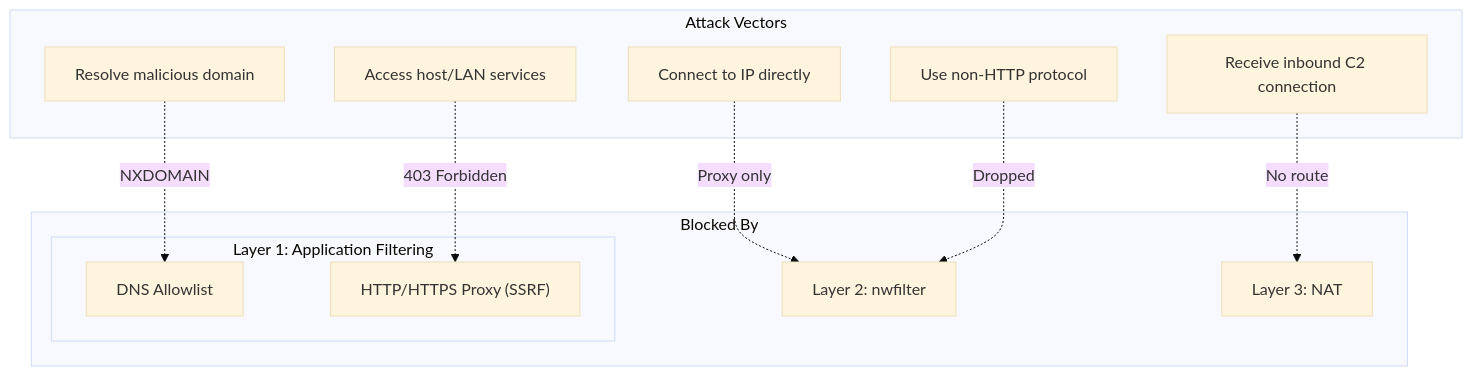
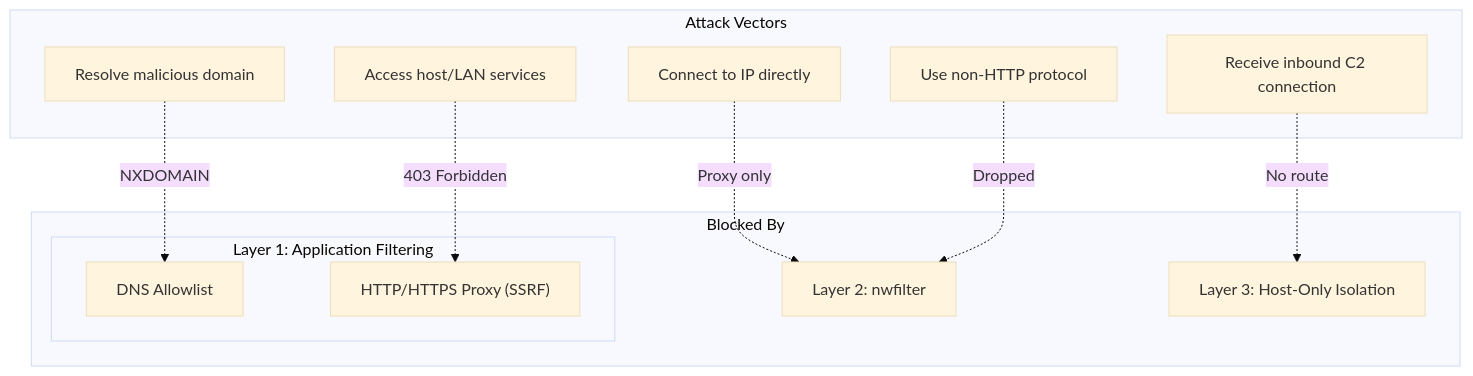
One commit to sandialabs/abox changed the second of 2 diagrams in docs/security.md. Above: the diagram before and after it, drawn with Mermaid (base theme). The commit also changed other lines of this file and 451 other files, not shown here.

````diff
--- a/docs/security.md
+++ b/docs/security.md
@@ -60,25 +60,25 @@
 ```mermaid
 flowchart TB
     subgraph Attacks["Attack Vectors"]
         A1["Resolve malicious domain"]
         A2["Connect to IP directly"]
         A3["Use non-HTTP protocol"]
         A4["Access host/LAN services"]
         A5["Receive inbound C2 connection"]
     end
 
     subgraph Blocked["Blocked By"]
         subgraph L1["Layer 1: Application Filtering"]
             L1a["DNS Allowlist"]
             L1b["HTTP/HTTPS Proxy (SSRF)"]
         end
         L2["Layer 2: nwfilter"]
-        L3["Layer 3: NAT"]
+        L3["Layer 3: Host-Only Isolation"]
     end
 
     A1 -.->|"NXDOMAIN"| L1a
     A2 -.->|"Proxy only"| L2
     A3 -.->|"Dropped"| L2
     A4 -.->|"403 Forbidden"| L1b
     A5 -.->|"No route"| L3
 ```
````
